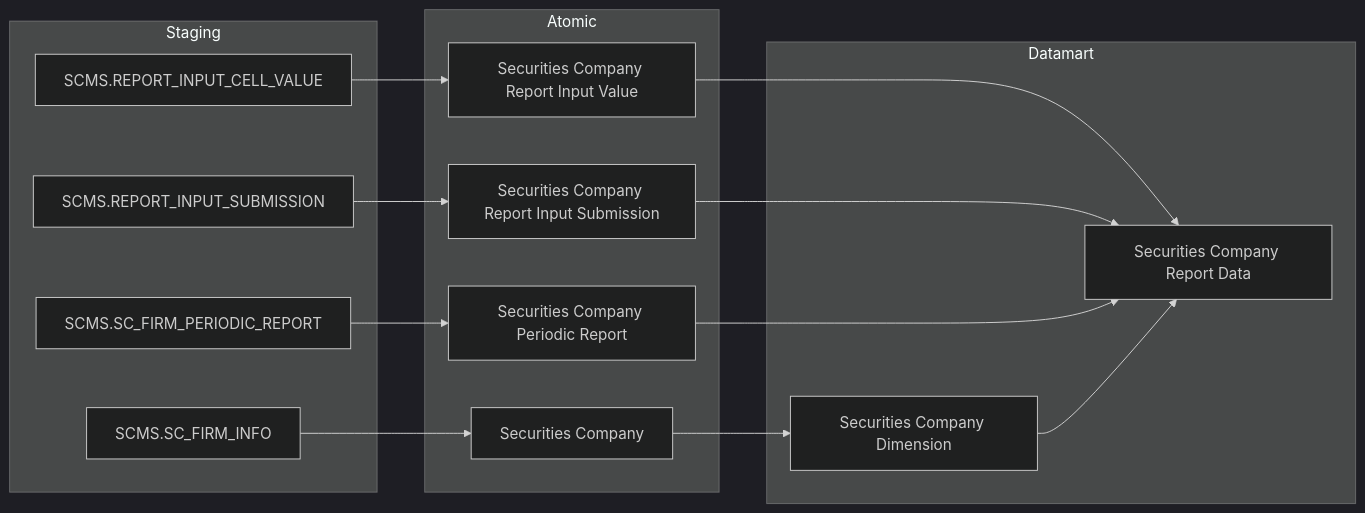
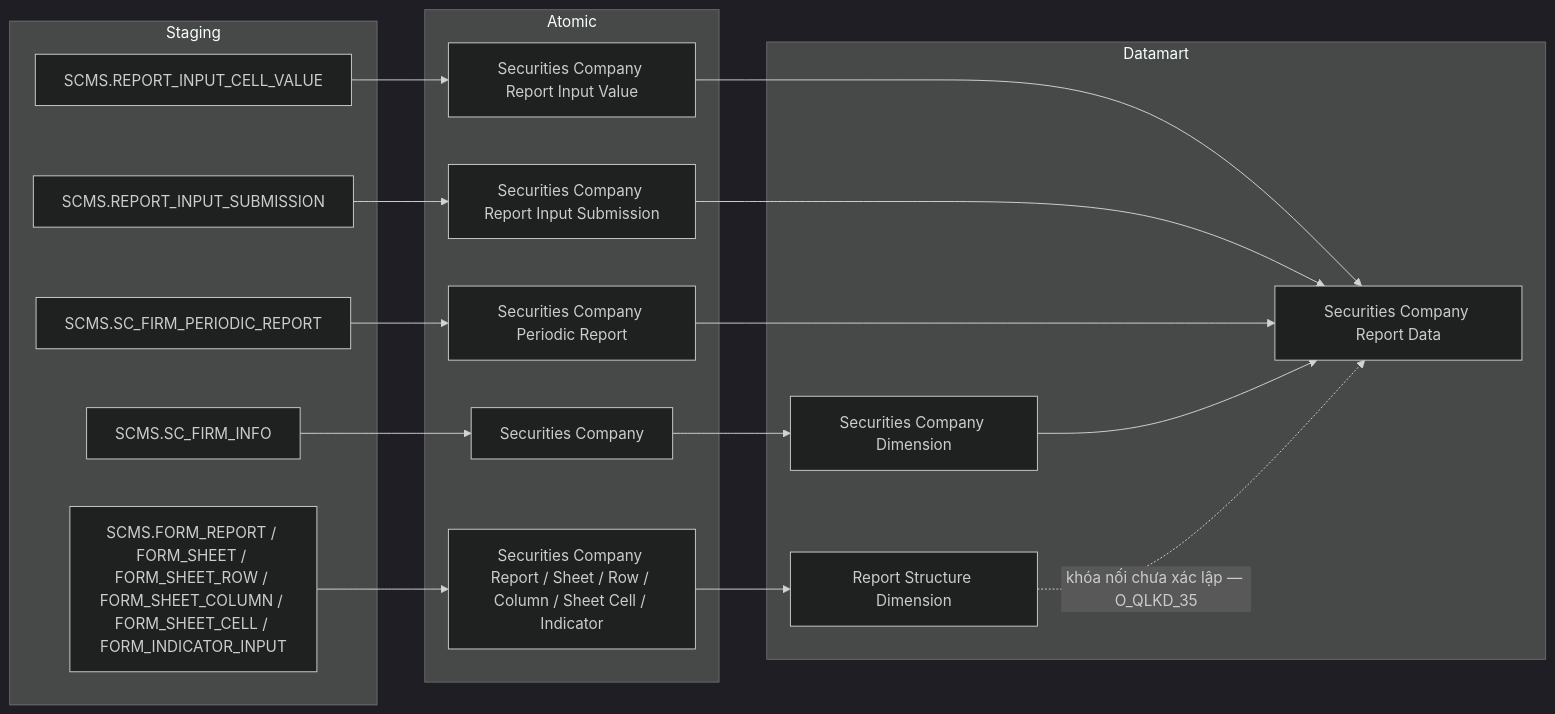
One commit to linhlvit/ubck_atomic_design changed diagram 22 of 39 in Datamart/hld/DTM_QLKD_HLD.md. Above: the diagram before and after it, drawn with Mermaid (dark theme). The commit also changed other lines of this file and 22 other files, not shown here.

````diff
--- a/Datamart/hld/DTM_QLKD_HLD.md
+++ b/Datamart/hld/DTM_QLKD_HLD.md
@@ -731,32 +732,38 @@
 ```mermaid
 flowchart LR
     subgraph SRC["Staging"]
         S1["SCMS.REPORT_INPUT_CELL_VALUE"]
         S2["SCMS.REPORT_INPUT_SUBMISSION"]
         S3["SCMS.SC_FIRM_PERIODIC_REPORT"]
         S4["SCMS.SC_FIRM_INFO"]
+        S5["SCMS.FORM_REPORT / FORM_SHEET / FORM_SHEET_ROW / FORM_SHEET_COLUMN / FORM_SHEET_CELL / FORM_INDICATOR_INPUT"]
     end
 
     subgraph SIL["Atomic"]
         SV1["Securities Company Report Input Value"]
         SV2["Securities Company Report Input Submission"]
         SV3["Securities Company Periodic Report"]
         SV4["Securities Company"]
+        SV5["Securities Company Report / Sheet / Row / Column / Sheet Cell / Indicator"]
     end
 
     subgraph GOLD["Datamart"]
         G1["Securities Company Report Data"]
         G2["Securities Company Dimension"]
+        G3["Report Structure Dimension"]
     end
 
     S1 --> SV1
     S2 --> SV2
     S3 --> SV3
     S4 --> SV4
+    S5 --> SV5
 
     SV1 --> G1
     SV2 --> G1
     SV3 --> G1
     SV4 --> G2
+    SV5 --> G3
     G2 --> G1
+    G3 -.->|"khóa nối chưa xác lập — O_QLKD_35"| G1
 ```
````
